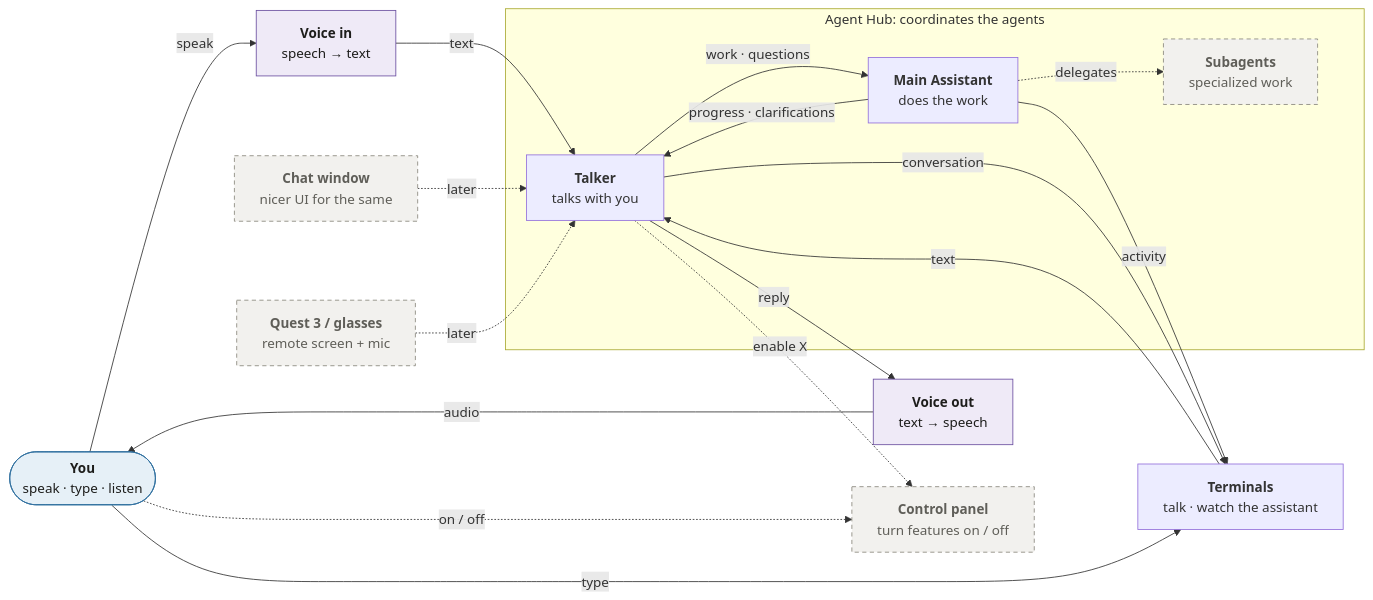
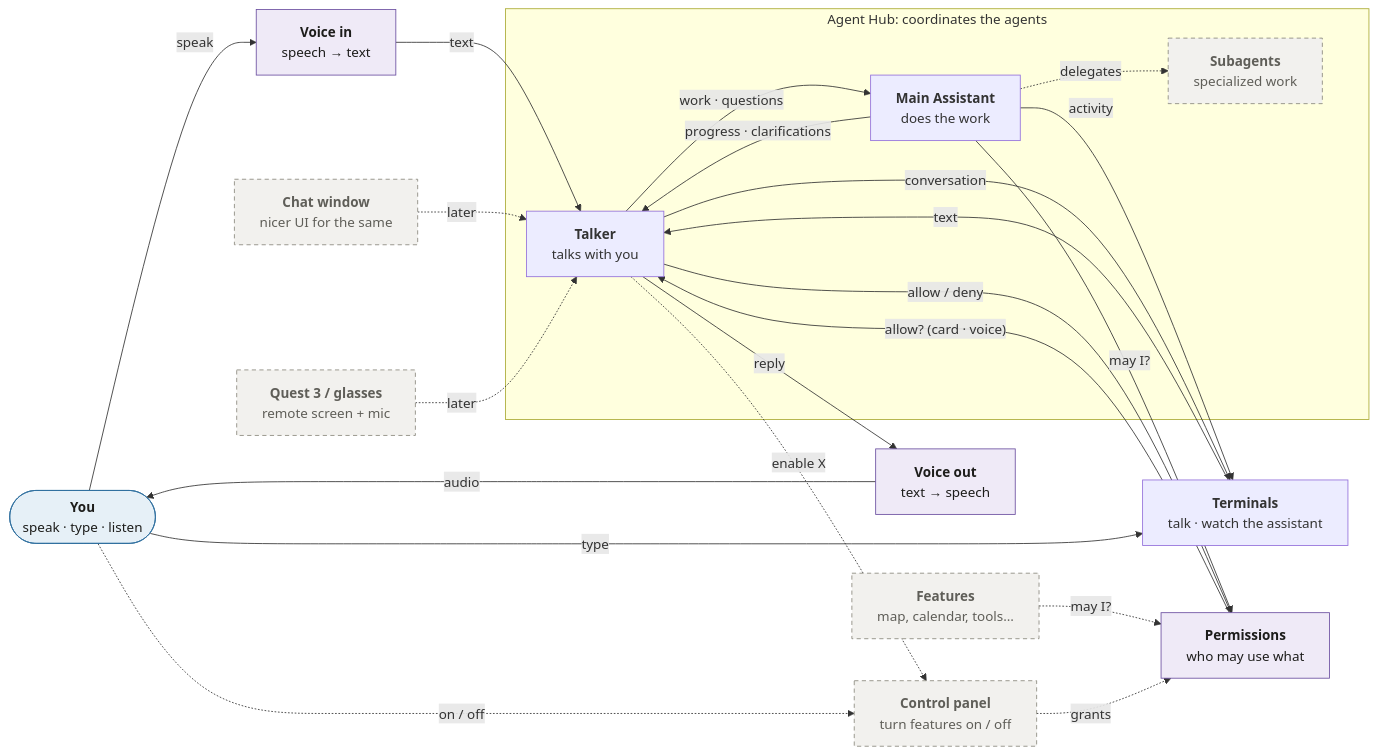
The diagram in docs/architecture/README.md (sharramon/AI_Assistant), drawn with Mermaid before and after one commit. The commit also changed other lines of this file and 51 other files, not shown here.

First line of the commit message:
Docs: reusable parts, permissions, HTML viewer, voice; new docs build

````diff
--- a/docs/architecture/README.md
+++ b/docs/architecture/README.md
@@ -9,39 +9,47 @@
 ```mermaid
 flowchart LR
     You(["<b>You</b><br/>speak · type · listen"])
     VoiceIn["<b>Voice in</b><br/>speech → text"]
     Term["<b>Terminals</b><br/>talk · watch the assistant"]
     Window["<b>Chat window</b><br/>nicer UI for the same"]
     VoiceOut["<b>Voice out</b><br/>text → speech"]
     Quest["<b>Quest 3 / glasses</b><br/>remote screen + mic"]
     Control["<b>Control panel</b><br/>turn features on / off"]
+    Perms["<b>Permissions</b><br/>who may use what"]
+    Features["<b>Features</b><br/>map, calendar, tools…"]
 
     subgraph Hub["Agent Hub: coordinates the agents"]
         Talker["<b>Talker</b><br/>talks with you"]
         Main["<b>Main Assistant</b><br/>does the work"]
         Subs["<b>Subagents</b><br/>specialized work"]
         Talker -- work · questions --> Main
         Main -- progress · clarifications --> Talker
         Main -. delegates .-> Subs
     end
 
     You -- speak --> VoiceIn
     You -- type --> Term
     VoiceIn -- text --> Talker
     Term -- text --> Talker
     Talker -- reply --> VoiceOut
     VoiceOut -- audio --> You
     Main -- activity --> Term
     Talker -- conversation --> Term
     Window -. later .-> Talker
     Quest -. later .-> Talker
     You -. on / off .-> Control
     Talker -. "enable X" .-> Control
+    Main -- "may I?" --> Perms
+    Features -. "may I?" .-> Perms
+    Perms -- "allow? (card · voice)" --> Talker
+    Talker -- "allow / deny" --> Perms
+    Control -. grants .-> Perms
 
     classDef planned fill:#efeaf7,stroke:#6b4fa0,color:#1d1d1b
     classDef person fill:#e6f0f7,stroke:#2f6f9f,color:#1d1d1b
     classDef later fill:#f2f1ee,stroke:#8a877c,stroke-dasharray:5 4,color:#5f5e58
-    class VoiceIn,VoiceOut planned
+    class VoiceIn,VoiceOut,Perms planned
+    class Features later
     class You person
     class Window,Quest,Subs,Control later
 ```
````
